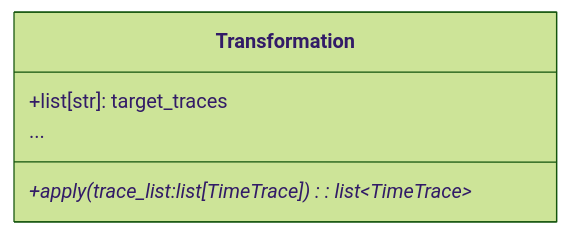
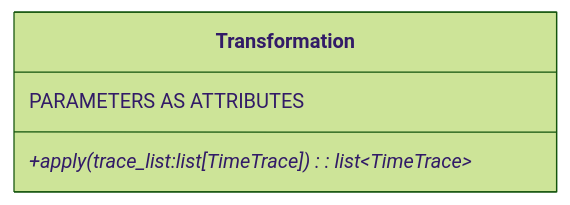
Before and after one commit to KleinMisha/time-trace-tools: the diagram in docs/data_processing.md, drawn with Mermaid (forest theme). The commit also changed other lines of this file, not shown here.

````diff
--- a/docs/data_processing.md
+++ b/docs/data_processing.md
@@ -13,9 +10,9 @@
     ```mermaid
     classDiagram 
         class Transformation{
-        +list[str]: target_traces
-        ... 
+            
+        PARAMETERS AS ATTRIBUTES
 
         +apply(trace_list:list[TimeTrace])*: list~TimeTrace~
         }
     ```
````
